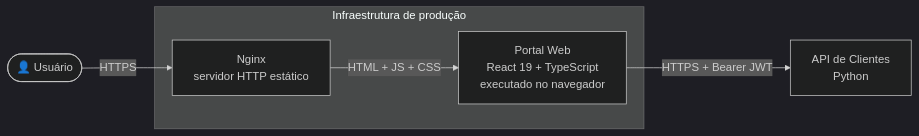
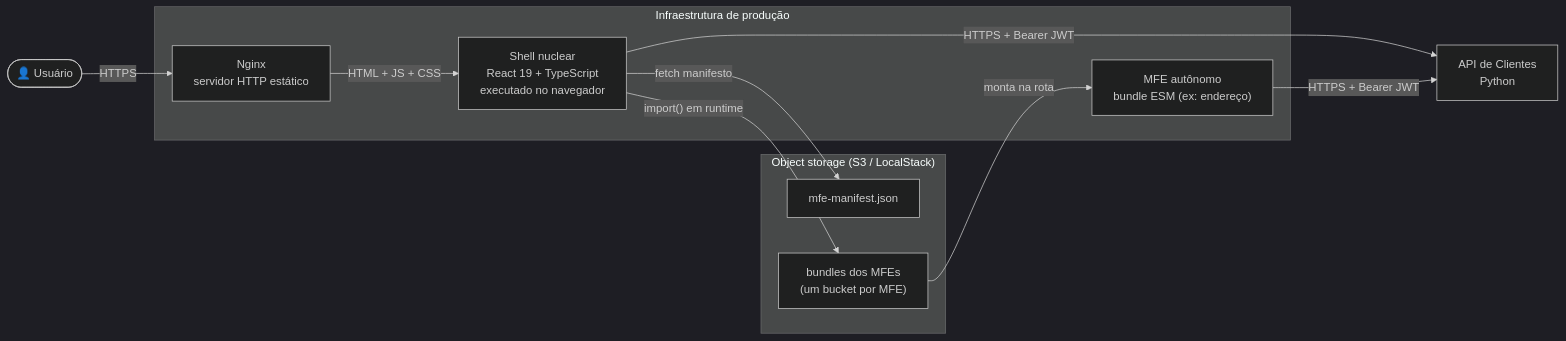
Before and after one commit to arkhibr/frontend-react: the second of 2 diagrams in docs/architecture/README.md, drawn with Mermaid. The commit also changed other lines of this file, not shown here.

Commit message:
docs(arch): mapa de modulos e ADRs da plataforma de microfrontends

````diff
--- a/docs/architecture/README.md
+++ b/docs/architecture/README.md
@@ -22,16 +22,26 @@
 ```mermaid
 %%{init: {'theme': 'dark'}}%%
 graph LR
     user(["👤 Usuário"])
 
     subgraph infra["Infraestrutura de produção"]
         nginx["Nginx\nservidor HTTP estático"]
-        spa["Portal Web\nReact 19 + TypeScript\nexecutado no navegador"]
+        shell["Shell nuclear\nReact 19 + TypeScript\nexecutado no navegador"]
+        mfe["MFE autônomo\nbundle ESM (ex: endereço)"]
+    end
+
+    subgraph storage["Object storage (S3 / LocalStack)"]
+        manifest["mfe-manifest.json"]
+        bundle["bundles dos MFEs\n(um bucket por MFE)"]
     end
 
     api["API de Clientes\nPython"]
 
     user -->|"HTTPS"| nginx
-    nginx -->|"HTML + JS + CSS"| spa
-    spa -->|"HTTPS + Bearer JWT"| api
+    nginx -->|"HTML + JS + CSS"| shell
+    shell -->|"fetch manifesto"| manifest
+    shell -->|"import() em runtime"| bundle
+    bundle -->|"monta na rota"| mfe
+    shell -->|"HTTPS + Bearer JWT"| api
+    mfe -->|"HTTPS + Bearer JWT"| api
 ```
````
